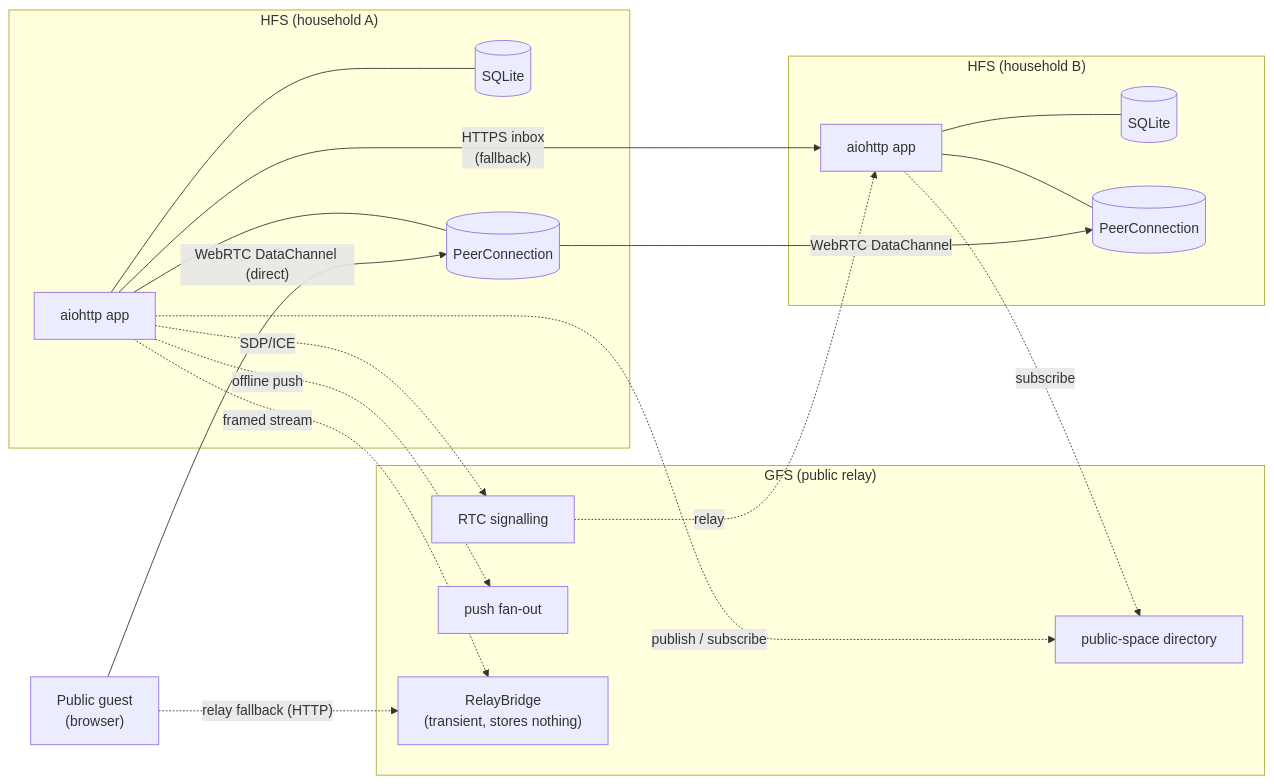
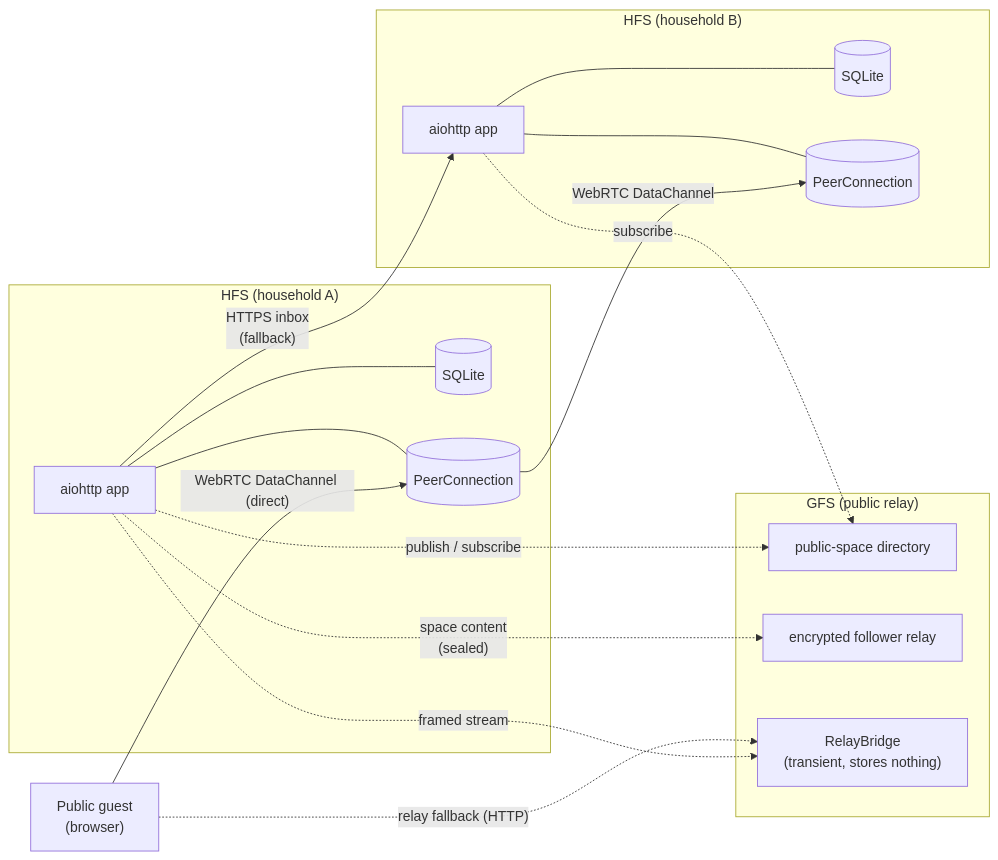
One commit to social-home-io/socialhome changed the first of 3 diagrams in docs/architecture.md. Above: the diagram before and after it, drawn with Mermaid. The commit also changed other lines of this file and 7 other files, not shown here.

First line of the commit message:
Docs: the GFS sends no push and relays no household WebRTC signalling

````diff
--- a/docs/architecture.md
+++ b/docs/architecture.md
@@ -60,37 +64,34 @@
 ```mermaid
 flowchart LR
     subgraph HFS_A["HFS (household A)"]
         A_app["aiohttp app"]
         A_db[(SQLite)]
         A_pc[("PeerConnection")]
         A_app --- A_db
         A_app --- A_pc
     end
     subgraph HFS_B["HFS (household B)"]
         B_app["aiohttp app"]
         B_db[(SQLite)]
         B_pc[("PeerConnection")]
         B_app --- B_db
         B_app --- B_pc
     end
     subgraph GFS["GFS (public relay)"]
         G_dir["public-space directory"]
-        G_rtc["RTC signalling"]
-        G_push["push fan-out"]
+        G_relay["encrypted follower relay"]
         G_bridge["RelayBridge<br/>(transient, stores nothing)"]
     end
     V_pub["Public guest<br/>(browser)"]
 
     A_pc -- "WebRTC DataChannel" --> B_pc
     A_app -- "HTTPS inbox<br/>(fallback)" --> B_app
 
     A_app -. "publish / subscribe" .-> G_dir
     B_app -. "subscribe" .-> G_dir
-    A_app -. "SDP/ICE" .-> G_rtc
-    G_rtc -. "relay" .-> B_app
-    A_app -. "offline push" .-> G_push
+    A_app -. "space content<br/>(sealed)" .-> G_relay
 
     V_pub -- "WebRTC DataChannel (direct)" --> A_pc
     V_pub -. "relay fallback (HTTP)" .-> G_bridge
     A_app -. "framed stream" .-> G_bridge
 ```
````
